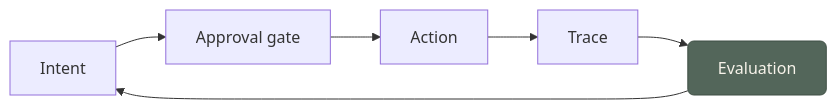
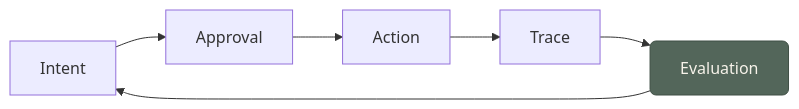
One commit to FVossebeld/FVossebeld.github.io changed the diagram in content/concepts/scoped-system-specialist-agents.md. Above: the diagram before and after it, drawn with Mermaid. The commit also changed 3 other files, not shown here.

````diff
--- a/content/concepts/scoped-system-specialist-agents.md
+++ b/content/concepts/scoped-system-specialist-agents.md
@@ -17,11 +17,11 @@
 ```mermaid
 flowchart LR
   accTitle: Agent governance loop
   accDescr: A scoped specialist turns intent into action through approval, tracing, and evaluation, then uses the result to improve the next intent.
   classDef accent fill:#53665a,stroke:#3f4f45,color:#f7f3ea,rx:6,ry:6
-  INTENT[Intent] --> APPROVAL[Approval gate]
+  INTENT[Intent] --> APPROVAL[Approval]
   APPROVAL --> ACTION[Action]
   ACTION --> TRACE[Trace]
   TRACE --> EVALUATION[Evaluation]:::accent
   EVALUATION --> INTENT
 ```
````
